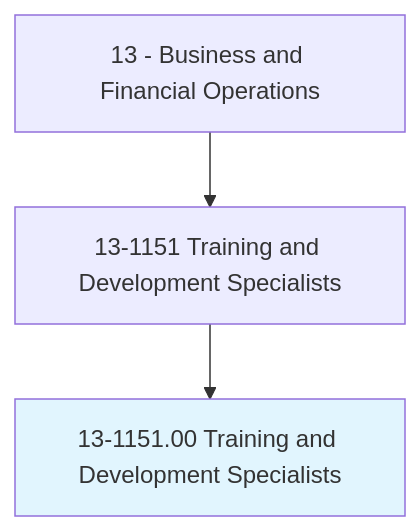
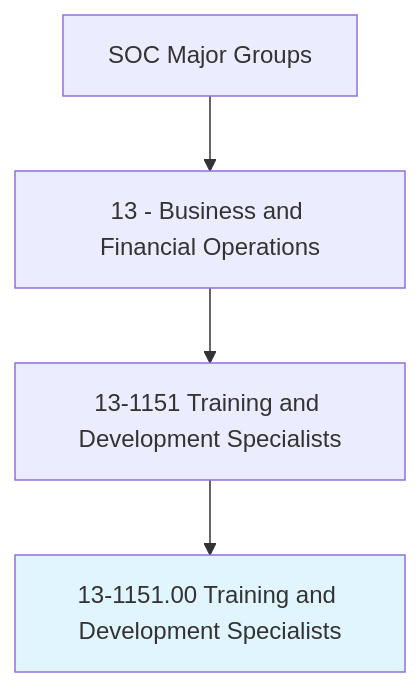
One commit to kziemski/business.org.ai changed the first of 4 diagrams in occupations/Business/TrainingAndDevelopmentSpecialists.mdx. Above: the diagram before and after it, drawn with Mermaid. The commit also changed other lines of this file and 938 other files, not shown here.

````diff
--- a/occupations/Business/TrainingAndDevelopmentSpecialists.mdx
+++ b/occupations/Business/TrainingAndDevelopmentSpecialists.mdx
@@ -19,6 +25,7 @@
 ```mermaid
 graph TD
-    Cat13["13 - Business and Financial Operations"] --> Group131151["13-1151 Training and Development Specialists"]
-    Group131151 --> Current["13-1151.00 Training and Development Specialists"]
+    SOC["SOC Major Groups"] --> Cat13["13 - Business and Financial Operations"]
+    Cat13 --> G131151["13-1151 Training and Development Specialists"]
+    G131151 --> Current["13-1151.00 Training and Development Specialists"]
     style Current fill:#e1f5fe
 ```
````
